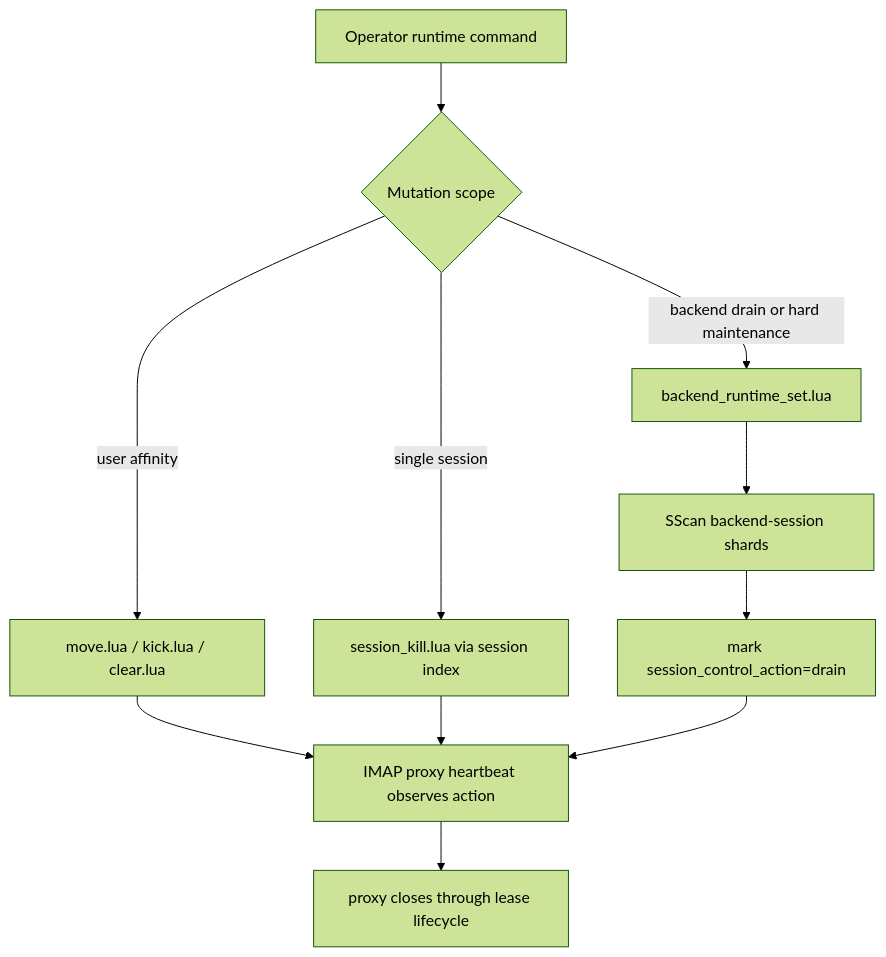
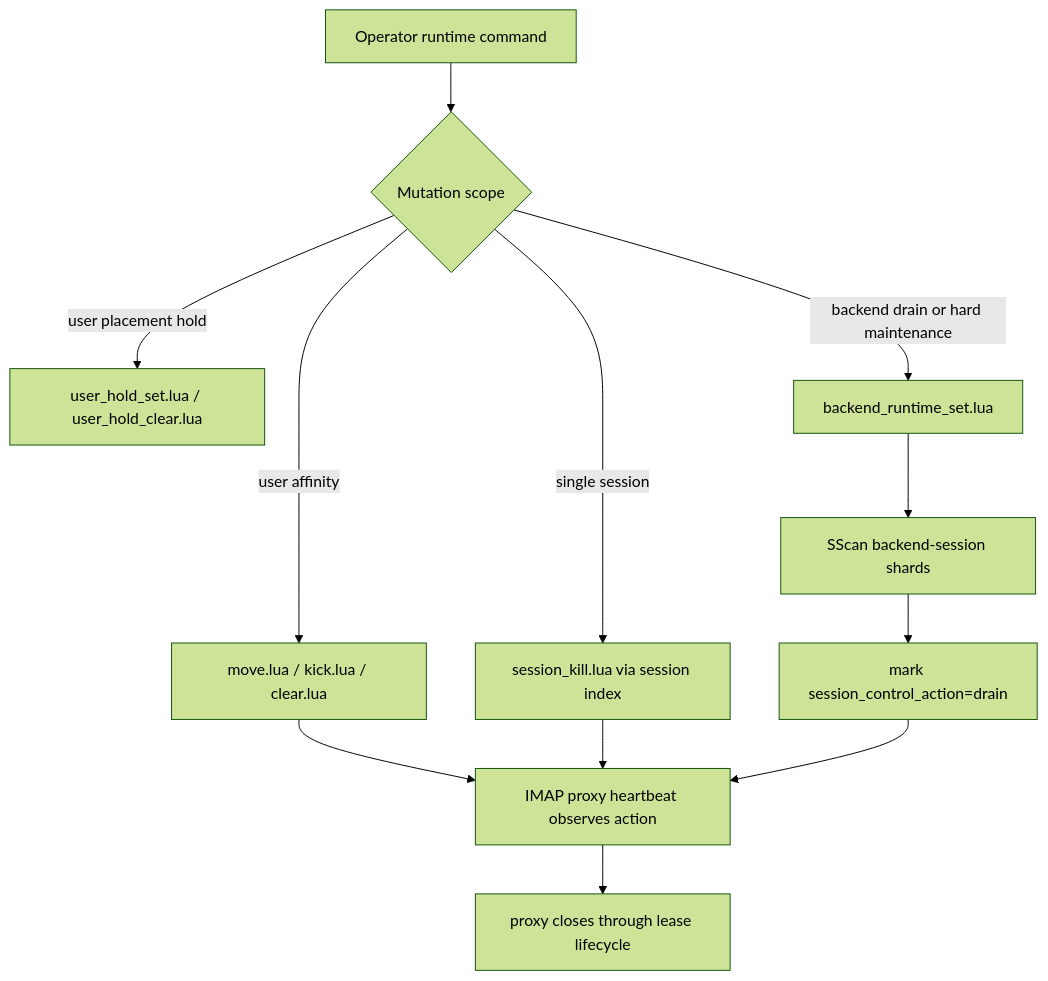
The sixth of 7 diagrams in docs/developer/AFFINITY_SESSION_HANDLING.md (croessner/nauthilus-director), drawn with Mermaid (forest theme) before and after one commit. The commit also changed other lines of this file and 8 other files, not shown here.

First line of the commit message:
Add: Redis-backed user placement hold state

````diff
--- a/docs/developer/AFFINITY_SESSION_HANDLING.md
+++ b/docs/developer/AFFINITY_SESSION_HANDLING.md
@@ -376,13 +402,14 @@
 ```mermaid
 flowchart TD
     U["Operator runtime command"] --> R{"Mutation scope"}
     R -->|user affinity| M["move.lua / kick.lua / clear.lua"]
+    R -->|user placement hold| P["user_hold_set.lua / user_hold_clear.lua"]
     R -->|single session| K["session_kill.lua via session index"]
     R -->|backend drain or hard maintenance| B["backend_runtime_set.lua"]
     B --> W["SScan backend-session shards"]
     W --> D["mark session_control_action=drain"]
     M --> H["IMAP proxy heartbeat observes action"]
     K --> H
     D --> H
     H --> C["proxy closes through lease lifecycle"]
 ```
````
